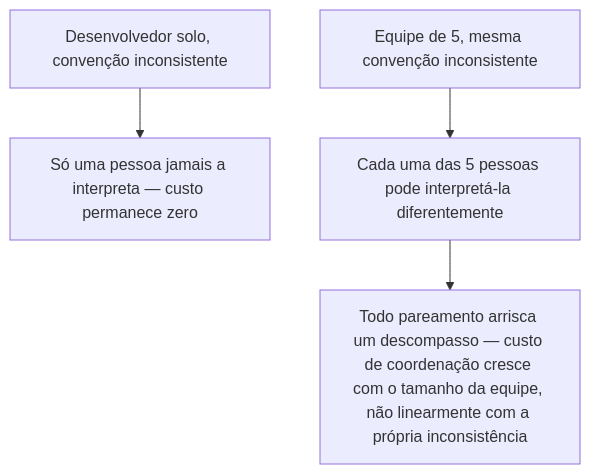
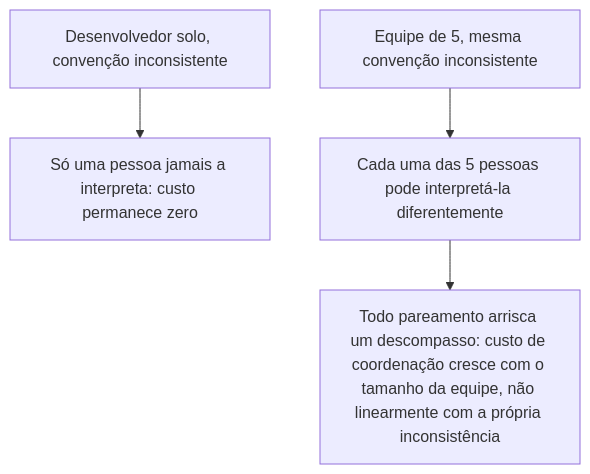
Before and after one commit to alexcastrodev/my-university: the diagram in backend/src/seed/data/curriculum/algorithms-software/software-construction/content/individual-vs-team-software-process/pt-BR.md, drawn with Mermaid. The commit also changed other lines of this file and 19 other files, not shown here.

````diff
--- a/backend/src/seed/data/curriculum/algorithms-software/software-construction/content/individual-vs-team-software-process/pt-BR.md
+++ b/backend/src/seed/data/curriculum/algorithms-software/software-construction/content/individual-vs-team-software-process/pt-BR.md
@@ -33,6 +33,6 @@
 ```mermaid
 flowchart TD
-    A["Desenvolvedor solo, convenção inconsistente"] --> B["Só uma pessoa jamais a interpreta — custo permanece zero"]
+    A["Desenvolvedor solo, convenção inconsistente"] --> B["Só uma pessoa jamais a interpreta: custo permanece zero"]
     C["Equipe de 5, mesma convenção inconsistente"] --> D["Cada uma das 5 pessoas pode interpretá-la diferentemente"]
-    D --> E["Todo pareamento arrisca um descompasso — custo de coordenação cresce com o tamanho da equipe, não linearmente com a própria inconsistência"]
+    D --> E["Todo pareamento arrisca um descompasso: custo de coordenação cresce com o tamanho da equipe, não linearmente com a própria inconsistência"]
 ```
````
